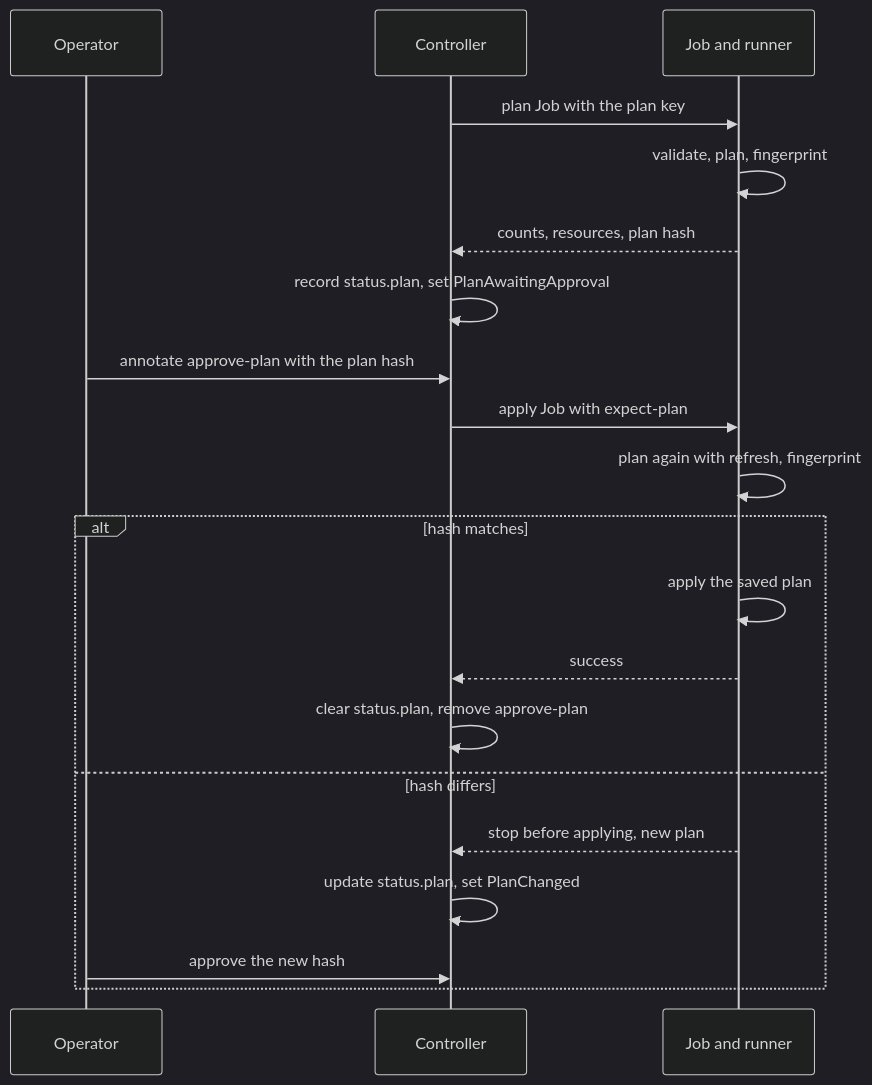
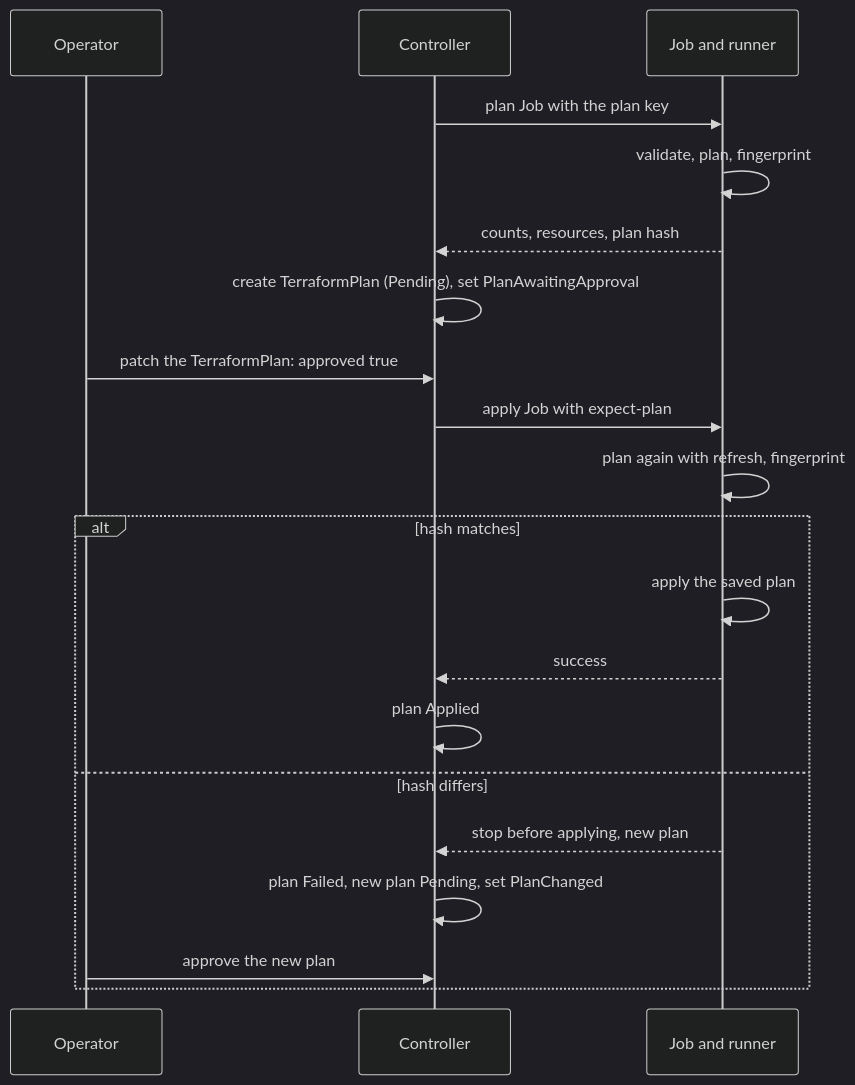
The diagram in docs/docs/concepts/approvals/manual-approval.md (captf-io/captf-io.github.io), drawn with Mermaid (dark theme) before and after one commit. The commit also changed other lines of this file and 7 other files, not shown here.

First line of the commit message:
docs: describe approvals through TerraformPlan

````diff
--- a/docs/docs/concepts/approvals/manual-approval.md
+++ b/docs/docs/concepts/approvals/manual-approval.md
@@ -27,22 +27,22 @@
 ```mermaid
 sequenceDiagram
     participant U as Operator
     participant C as Controller
     participant J as Job and runner
     C->>J: plan Job with the plan key
     J->>J: validate, plan, fingerprint
     J-->>C: counts, resources, plan hash
-    C->>C: record status.plan, set PlanAwaitingApproval
-    U->>C: annotate approve-plan with the plan hash
+    C->>C: create TerraformPlan (Pending), set PlanAwaitingApproval
+    U->>C: patch the TerraformPlan: approved true
     C->>J: apply Job with expect-plan
     J->>J: plan again with refresh, fingerprint
     alt hash matches
         J->>J: apply the saved plan
         J-->>C: success
-        C->>C: clear status.plan, remove approve-plan
+        C->>C: plan Applied
     else hash differs
         J-->>C: stop before applying, new plan
-        C->>C: update status.plan, set PlanChanged
-        U->>C: approve the new hash
+        C->>C: plan Failed, new plan Pending, set PlanChanged
+        U->>C: approve the new plan
     end
 ```
````
